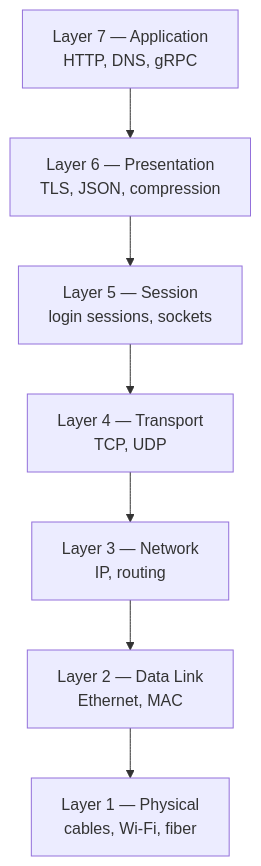
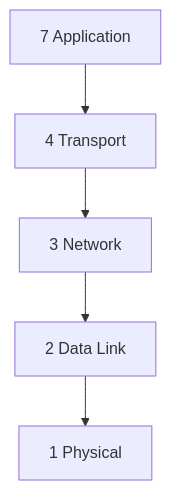
One commit to hareramcse/SystemDesign changed the second of 26 diagrams in 01-networking/README.md. Above: the diagram before and after it, drawn with Mermaid. The commit also changed other lines of this file, not shown here.

````diff
--- a/01-networking/README.md
+++ b/01-networking/README.md
@@ -134,12 +123,7 @@
 ```mermaid
 flowchart TB
-    L7["Layer 7 — Application<br/>HTTP, DNS, gRPC"]
-    L6["Layer 6 — Presentation<br/>TLS, JSON, compression"]
-    L5["Layer 5 — Session<br/>login sessions, sockets"]
-    L4["Layer 4 — Transport<br/>TCP, UDP"]
-    L3["Layer 3 — Network<br/>IP, routing"]
-    L2["Layer 2 — Data Link<br/>Ethernet, MAC"]
-    L1["Layer 1 — Physical<br/>cables, Wi-Fi, fiber"]
-
-    L7 --> L6 --> L5 --> L4 --> L3 --> L2 --> L1
+    L7[7 Application] --> L4[4 Transport]
+    L4 --> L3[3 Network]
+    L3 --> L2[2 Data Link]
+    L2 --> L1[1 Physical]
 ```
````
